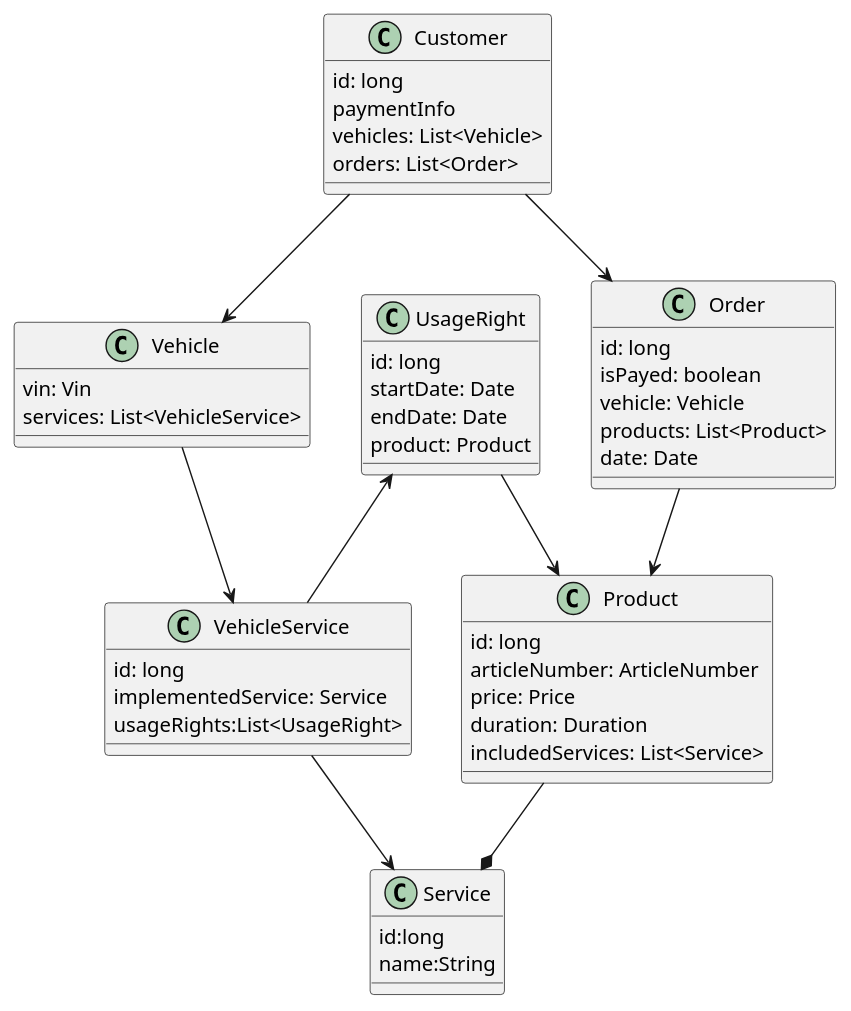
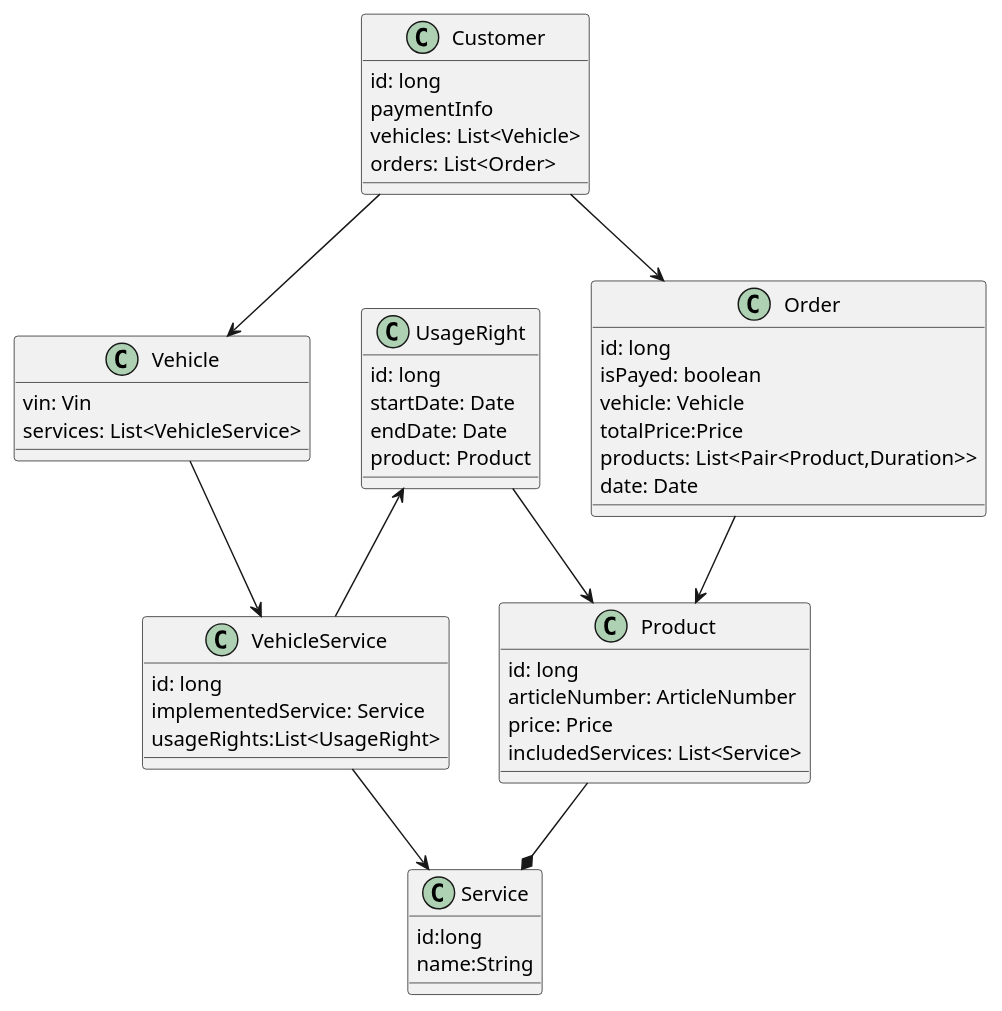
The diagram in Phase 2/MoTraCoCa/UML/Class.puml (ljbg1996/car-backend), drawn with PlantUML before and after one commit. The commit also changed other lines of this file and 1 other file, not shown here.

Commit message:
Class.puml & Class_ApplicationArchitecture.puml

```diff
--- a/Phase 2/MoTraCoCa/UML/Class.puml
+++ b/Phase 2/MoTraCoCa/UML/Class.puml
@@ -1,59 +1,59 @@
 @startuml
 'test
 class Customer {
 id: long
 paymentInfo
 vehicles: List<Vehicle>
 orders: List<Order>
 }
 
 class Vehicle {
   vin: Vin
   services: List<VehicleService>
 }
 
 class Product {
   id: long
   articleNumber: ArticleNumber
   price: Price
-  duration: Duration
   includedServices: List<Service>
 }
 
 class Order{
 id: long
 isPayed: boolean
 vehicle: Vehicle
-products: List<Product>
+totalPrice:Price
+products: List<Pair<Product,Duration>>
 date: Date
 }
 
 class VehicleService {
 id: long
 implementedService: Service
 usageRights:List<UsageRight>
 }
 
 class Service{
 id:long
 name:String
 }
 
 
 class UsageRight {
   id: long
   startDate: Date
   endDate: Date
   product: Product
 }
 
 Customer --> Vehicle
 Customer --> Order
 Vehicle --> VehicleService
 VehicleService --> Service
 Order --> Product
 UsageRight <-- VehicleService
 UsageRight --> Product
 Product --* Service
 
 @enduml
```
